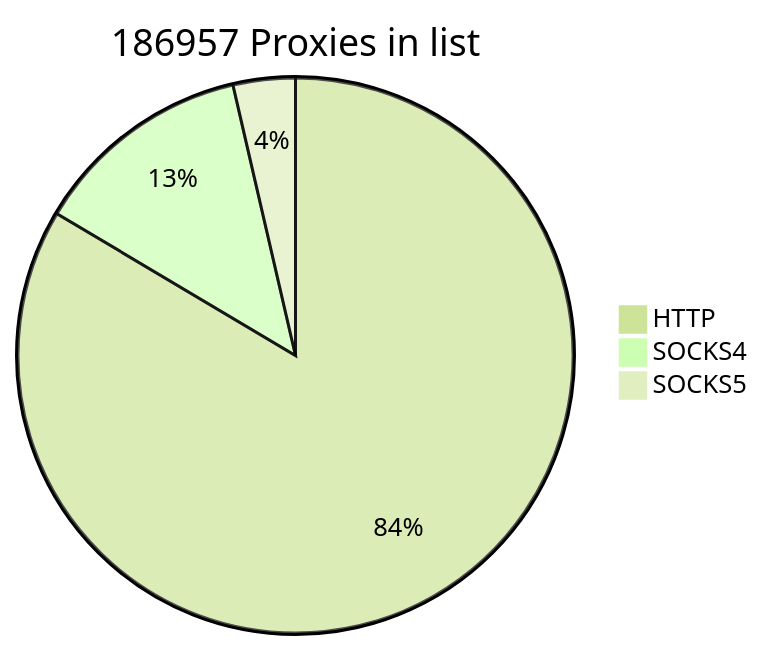
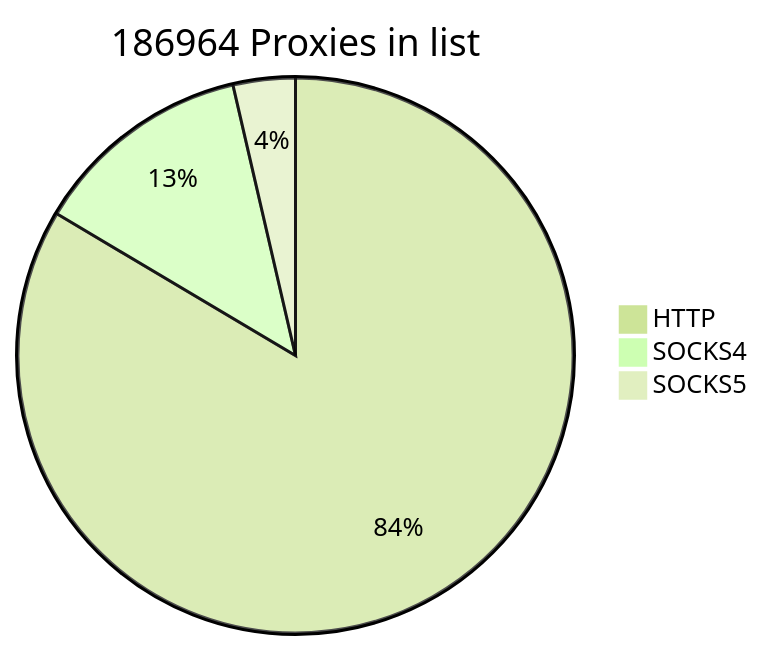
One commit to cutipu/proxylist changed the first of 2 diagrams in README.md. Above: the diagram before and after it, drawn with Mermaid (forest theme). The commit also changed other lines of this file, not shown here.

````diff
--- a/README.md
+++ b/README.md
@@ -2,7 +2,7 @@
 ```mermaid
-pie title 186957 Proxies in list
+pie title 186964 Proxies in list
     "HTTP" : 156180
-    "SOCKS4" : 24015
+    "SOCKS4" : 24022
     "SOCKS5" : 6762
             
 ```
````
